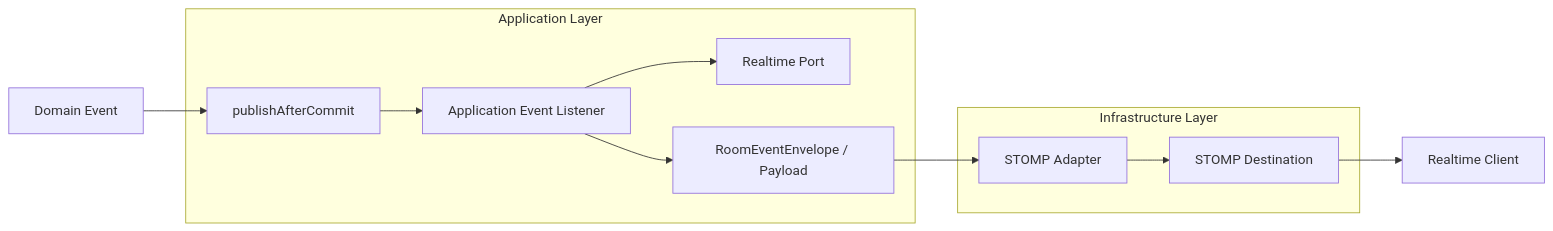
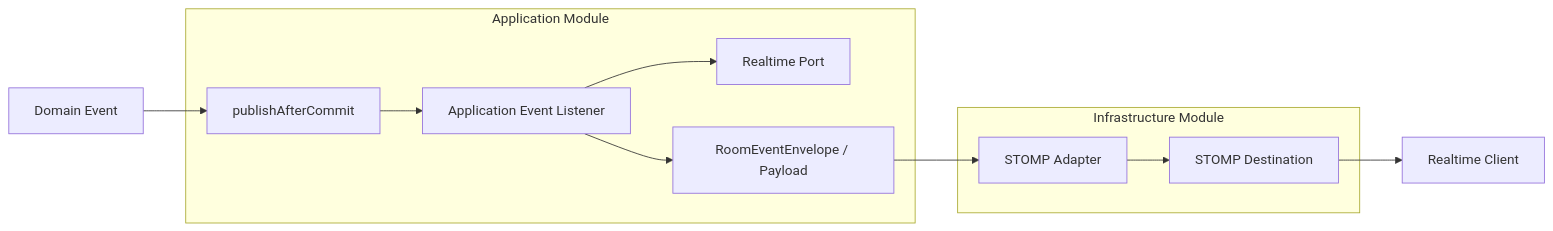
One commit to woojun-k/pabal changed the third of 3 diagrams in README.md. Above: the diagram before and after it, drawn with Mermaid. The commit also changed other lines of this file and 518 other files, not shown here.

````diff
--- a/README.md
+++ b/README.md
@@ -134,17 +199,17 @@
 ```mermaid
 flowchart LR
     A["Domain Event"] --> B["publishAfterCommit"]
 
-    subgraph APP["Application Layer"]
+    subgraph APP["Application Module"]
         B --> C["Application Event Listener"]
         C --> D["Realtime Port"]
         C --> E["RoomEventEnvelope / Payload"]
     end
 
-    subgraph INFRA["Infrastructure Layer"]
+    subgraph INFRA["Infrastructure Module"]
         E --> F["STOMP Adapter"]
         F --> G["STOMP Destination"]
     end
 
     G --> H["Realtime Client"]
 ```
````
